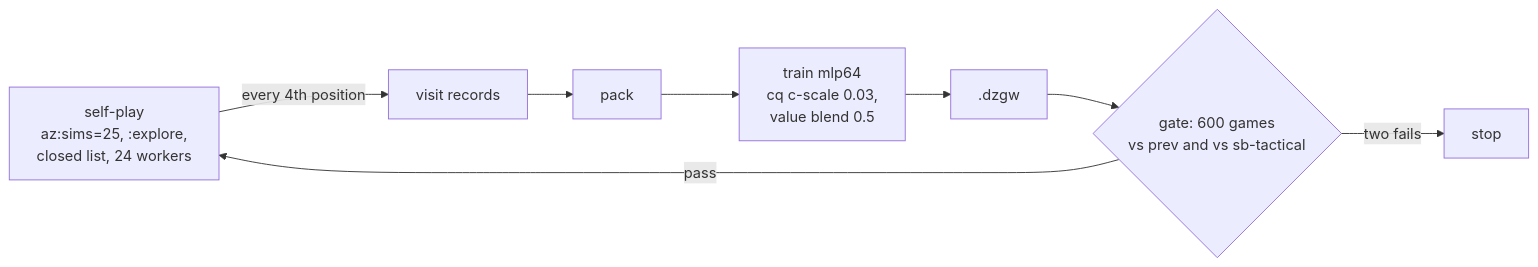
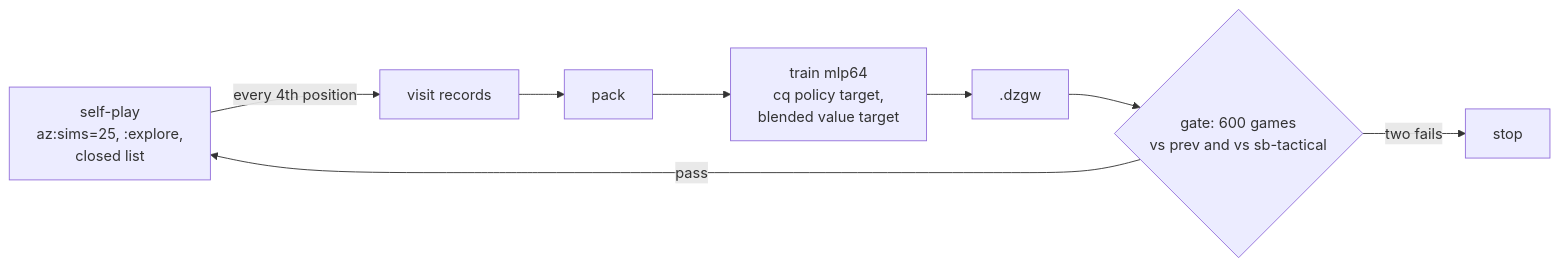
The diagram in docs/site/research/az-loop.md (adams-shaun/gorge), drawn with Mermaid before and after one commit. The commit also changed other lines of this file and 39 other files, not shown here.

````diff
--- a/docs/site/research/az-loop.md
+++ b/docs/site/research/az-loop.md
@@ -21,10 +21,10 @@
 ```mermaid
 flowchart LR
-  SP["self-play<br/>az:sims=25, :explore,<br/>closed list, 24 workers"] -->|every 4th position| REC["visit records"]
+  SP["self-play<br/>az:sims=25, :explore,<br/>closed list"] -->|every 4th position| REC["visit records"]
   REC --> PACK["pack"]
-  PACK --> TR["train mlp64<br/>cq c-scale 0.03,<br/>value blend 0.5"]
+  PACK --> TR["train mlp64<br/>cq policy target,<br/>blended value target"]
   TR --> NET[".dzgw"]
   NET --> GATE{"gate: 600 games<br/>vs prev and vs sb-tactical"}
   GATE -->|pass| SP
   GATE -->|two fails| STOP["stop"]
 ```
````
